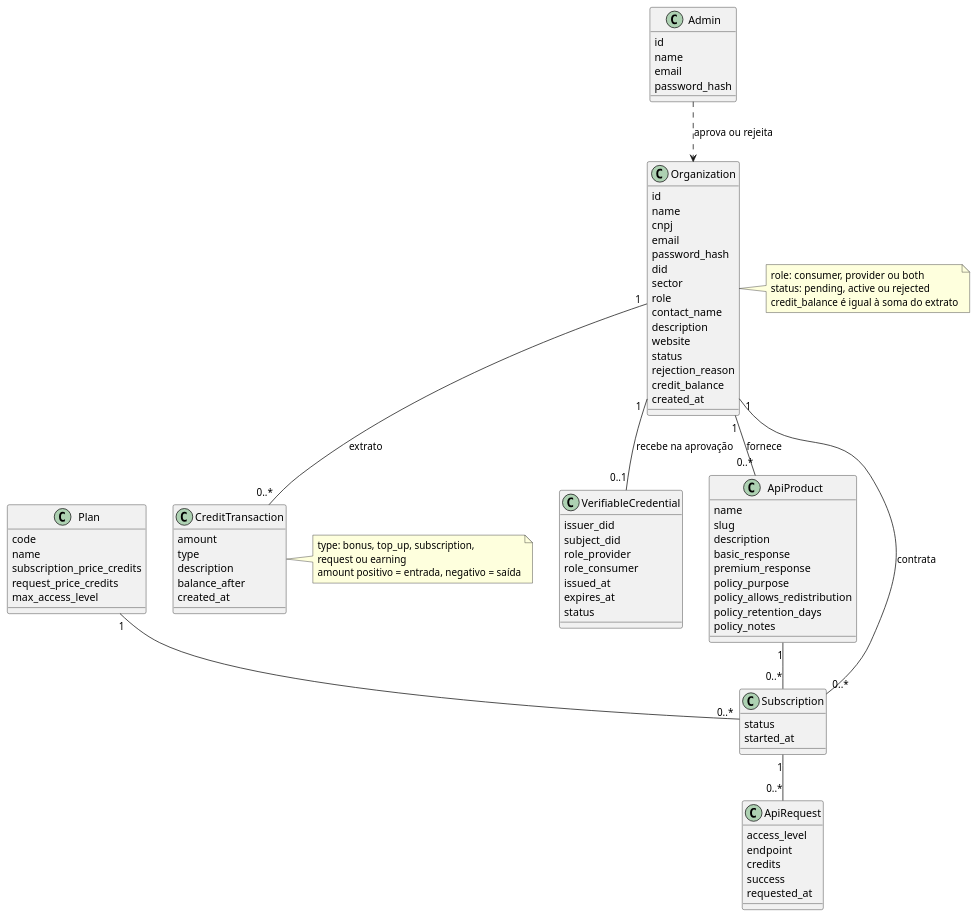
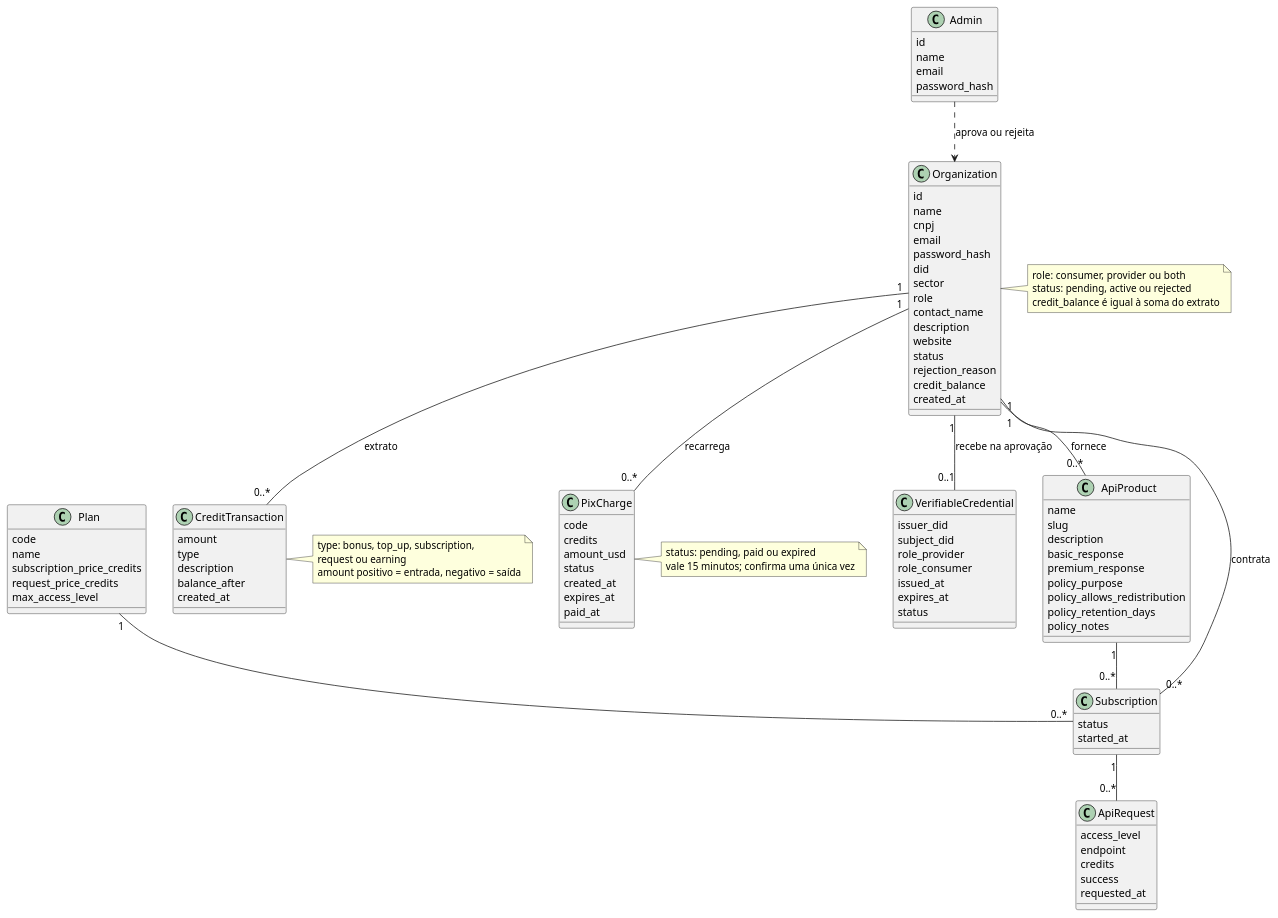
Before and after one commit to Pedro-Henrique-Assis/mvp-dataspaces: the diagram in docs/uml/class.puml, drawn with PlantUML. The commit also changed 1 other file, not shown here.

Commit message:
docs: atualizar diagramas UML

```diff
--- a/docs/uml/class.puml
+++ b/docs/uml/class.puml
@@ -1,91 +1,106 @@
 @startuml
 class Organization {
   id
   name
   cnpj
   email
   password_hash
   did
   sector
   role
   contact_name
   description
   website
   status
   rejection_reason
   credit_balance
   created_at
 }
 class Admin {
   id
   name
   email
   password_hash
 }
 class VerifiableCredential {
   issuer_did
   subject_did
   role_provider
   role_consumer
   issued_at
   expires_at
   status
 }
 class ApiProduct {
   name
   slug
   description
   basic_response
   premium_response
   policy_purpose
   policy_allows_redistribution
   policy_retention_days
   policy_notes
 }
 class Plan {
   code
   name
   subscription_price_credits
   request_price_credits
   max_access_level
 }
 class CreditTransaction {
   amount
   type
   description
   balance_after
   created_at
 }
+class PixCharge {
+  code
+  credits
+  amount_usd
+  status
+  created_at
+  expires_at
+  paid_at
+}
 class Subscription {
   status
   started_at
 }
 class ApiRequest {
   access_level
   endpoint
   credits
   success
   requested_at
 }
 
 Organization "1" -- "0..1" VerifiableCredential : recebe na aprovação
 Organization "1" -- "0..*" ApiProduct : fornece
 Organization "1" -- "0..*" CreditTransaction : extrato
+Organization "1" -- "0..*" PixCharge : recarrega
 Organization "1" -- "0..*" Subscription : contrata
 ApiProduct "1" -- "0..*" Subscription
 Plan "1" -- "0..*" Subscription
 Subscription "1" -- "0..*" ApiRequest
 Admin ..> Organization : aprova ou rejeita
 
 note right of Organization
   role: consumer, provider ou both
   status: pending, active ou rejected
   credit_balance é igual à soma do extrato
 end note
 
 note right of CreditTransaction
   type: bonus, top_up, subscription,
   request ou earning
   amount positivo = entrada, negativo = saída
 end note
+
+note right of PixCharge
+  status: pending, paid ou expired
+  vale 15 minutos; confirma uma única vez
+end note
 @enduml
```
